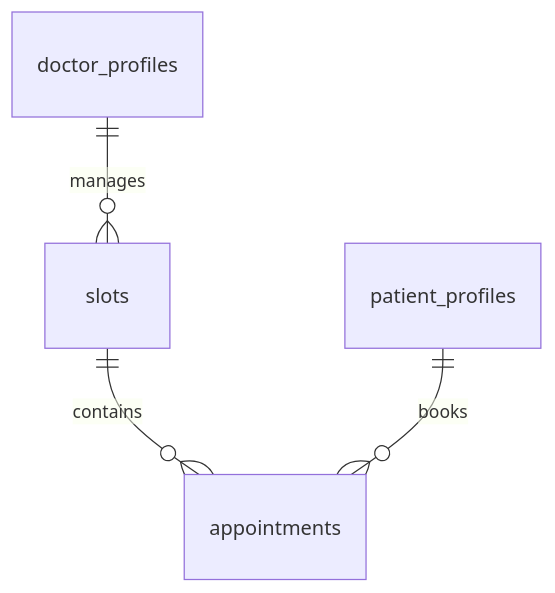
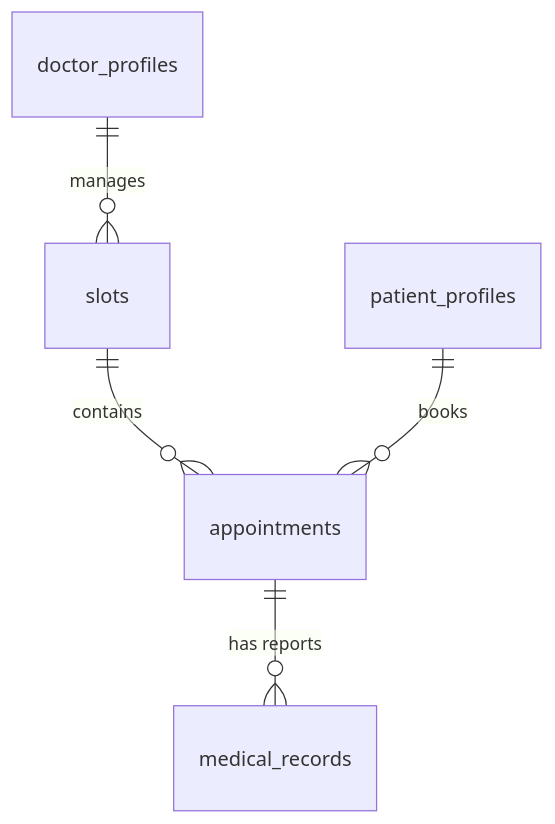
One commit to abhiyaligar/healthconnect changed the diagram in docs/DATABASE_SCHEMA.md. Above: the diagram before and after it, drawn with Mermaid. The commit also changed other lines of this file and 18 other files, not shown here.

````diff
--- a/docs/DATABASE_SCHEMA.md
+++ b/docs/DATABASE_SCHEMA.md
@@ -51,6 +59,7 @@
 ```mermaid
 erDiagram
     slots ||--o{ appointments : contains
+    appointments ||--o{ medical_records : "has reports"
+    patient_profiles ||--o{ appointments : books
     doctor_profiles ||--o{ slots : manages
-    patient_profiles ||--o{ appointments : books
 ```
````
